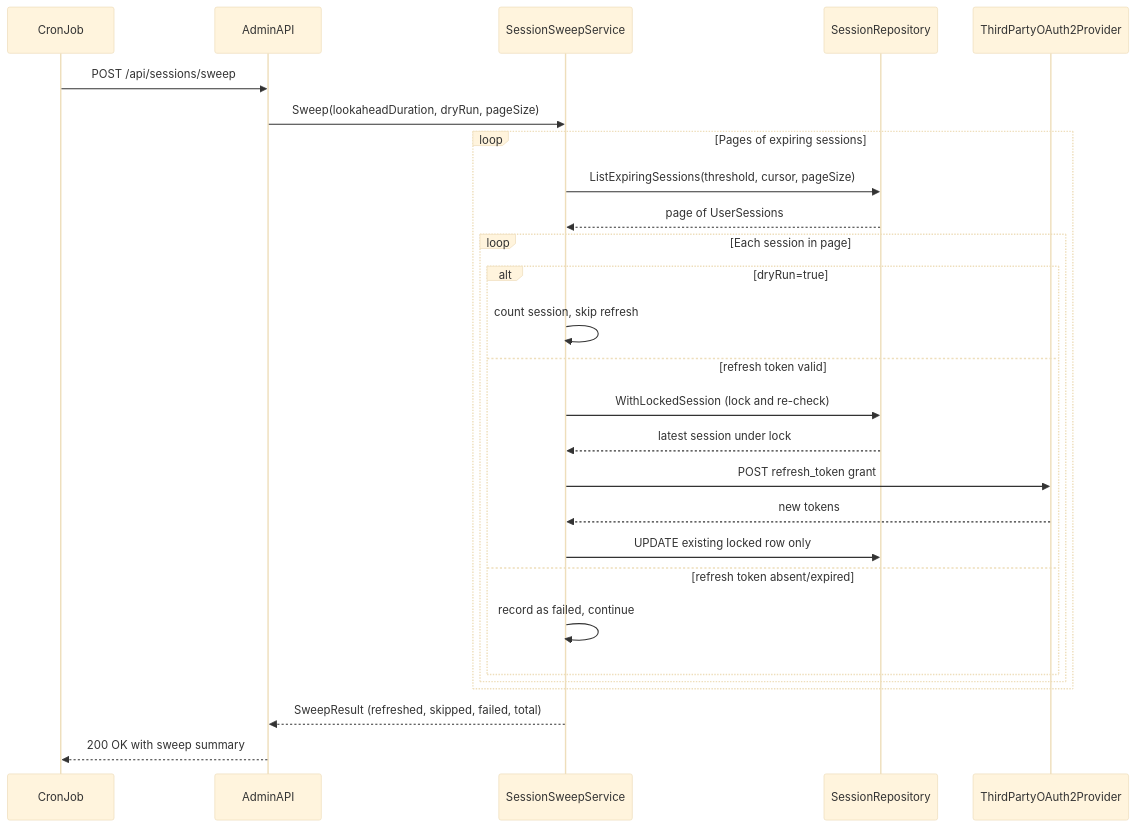
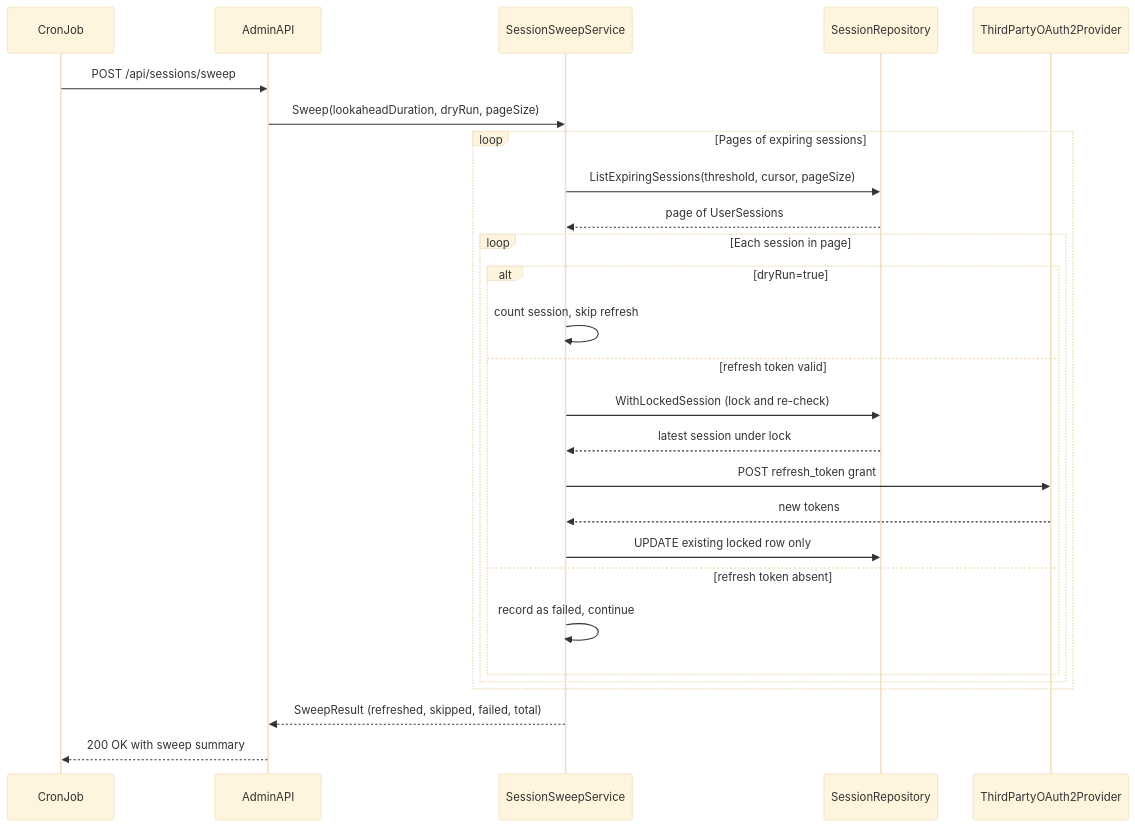
Before and after one commit to zalando-incubator/agentic-identity-broker: the second of 2 diagrams in specs/029-proactive-token-refresh/spec.md, drawn with Mermaid (base theme). The commit also changed other lines of this file and 100 other files, not shown here.

Commit message:
refactor: Record observed refresh-token rejection instead of a predicted expiry (#378)

````diff
--- a/specs/029-proactive-token-refresh/spec.md
+++ b/specs/029-proactive-token-refresh/spec.md
@@ -143,33 +144,33 @@
 ```mermaid
 sequenceDiagram
     participant CronJob
     participant AdminAPI
     participant SessionSweepService
     participant SessionRepository
     participant ThirdPartyOAuth2Provider
 
     CronJob->>AdminAPI: POST /api/sessions/sweep
     AdminAPI->>SessionSweepService: Sweep(lookaheadDuration, dryRun, pageSize)
 
     loop Pages of expiring sessions
         SessionSweepService->>SessionRepository: ListExpiringSessions(threshold, cursor, pageSize)
         SessionRepository-->>SessionSweepService: page of UserSessions
 
         loop Each session in page
             alt dryRun=true
                 SessionSweepService->>SessionSweepService: count session, skip refresh
             else refresh token valid
                 SessionSweepService->>SessionRepository: WithLockedSession (lock and re-check)
                 SessionRepository-->>SessionSweepService: latest session under lock
                 SessionSweepService->>ThirdPartyOAuth2Provider: POST refresh_token grant
                 ThirdPartyOAuth2Provider-->>SessionSweepService: new tokens
                 SessionSweepService->>SessionRepository: UPDATE existing locked row only
-            else refresh token absent/expired
+            else refresh token absent
                 SessionSweepService->>SessionSweepService: record as failed, continue
             end
         end
     end
 
     SessionSweepService-->>AdminAPI: SweepResult (refreshed, skipped, failed, total)
     AdminAPI-->>CronJob: 200 OK with sweep summary
 ```
````
